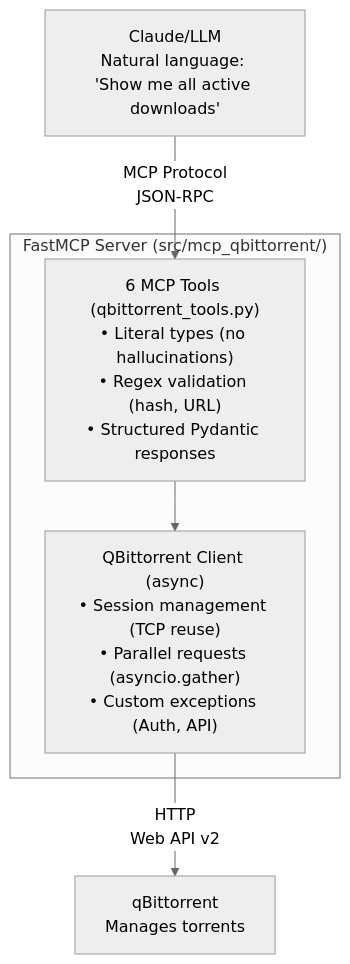
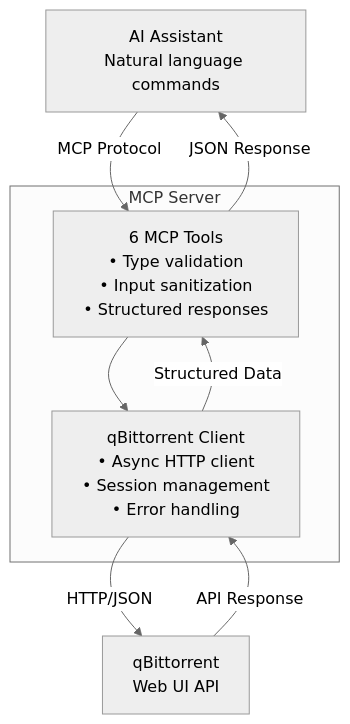
Before and after one commit to elisarchod/mcp-qbittorrent: the diagram in README.md, drawn with Mermaid (neutral theme). The commit also changed other lines of this file, not shown here.

````diff
--- a/README.md
+++ b/README.md
@@ -26,16 +107,19 @@
 ```mermaid
 graph TB
-    User["Claude/LLM<br/>Natural language: 'Show me all active downloads'"]
+    User["AI Assistant<br/>Natural language commands"]
+    
+    subgraph MCP["MCP Server"]
+        Tools["6 MCP Tools<br/>• Type validation<br/>• Input sanitization<br/>• Structured responses"]
+        Client["qBittorrent Client<br/>• Async HTTP client<br/>• Session management<br/>• Error handling"]
+        Tools --> Client
 
-    subgraph FastMCP["FastMCP Server (src/mcp_qbittorrent/)"]
-        Tools["6 MCP Tools (qbittorrent_tools.py)<br/>• Literal types (no hallucinations)<br/>• Regex validation (hash, URL)<br/>• Structured Pydantic responses"]
-        Client["QBittorrent Client (async)<br/>• Session management (TCP reuse)<br/>• Parallel requests (asyncio.gather)<br/>• Custom exceptions (Auth, API)"]
-
-        Tools --> Client
     end
-
-    QB["qBittorrent<br/>Manages torrents"]
-
-    User -->|MCP Protocol<br/>JSON-RPC| Tools
-    Client -->|HTTP<br/>Web API v2| QB
+    
+    QB["qBittorrent<br/>Web UI API"]
+    
+    User -->|MCP Protocol| Tools
+    Client -->|HTTP/JSON| QB
+    QB -->|API Response| Client
+    Client -->|Structured Data| Tools
+    Tools -->|JSON Response| User
 ```
````
